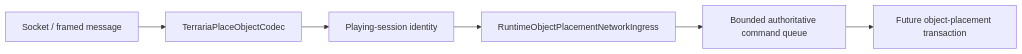
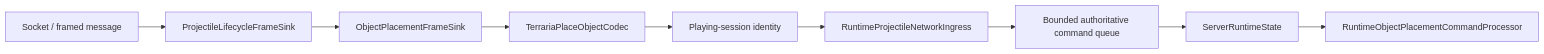
Before and after one commit to VegaKernel/TerraRuntime: the diagram in docs/en/object-placement-packet79.md, drawn with Mermaid. The commit also changed other lines of this file and 11 other files, not shown here.

````diff
--- a/docs/en/object-placement-packet79.md
+++ b/docs/en/object-placement-packet79.md
@@ -19,8 +19,11 @@
 ```mermaid
 flowchart LR
-    Socket["Socket / framed message"] --> Codec["TerrariaPlaceObjectCodec"]
+    Socket["Socket / framed message"] --> Projectile["ProjectileLifecycleFrameSink"]
+    Projectile --> Object["ObjectPlacementFrameSink"]
+    Object --> Codec["TerrariaPlaceObjectCodec"]
     Codec --> Session["Playing-session identity"]
-    Session --> Ingress["RuntimeObjectPlacementNetworkIngress"]
+    Session --> Ingress["RuntimeProjectileNetworkIngress"]
     Ingress --> Queue["Bounded authoritative command queue"]
-    Queue --> Gameplay["Future object-placement transaction"]
+    Queue --> State["ServerRuntimeState"]
+    State --> Gameplay["RuntimeObjectPlacementCommandProcessor"]
 ```
````
